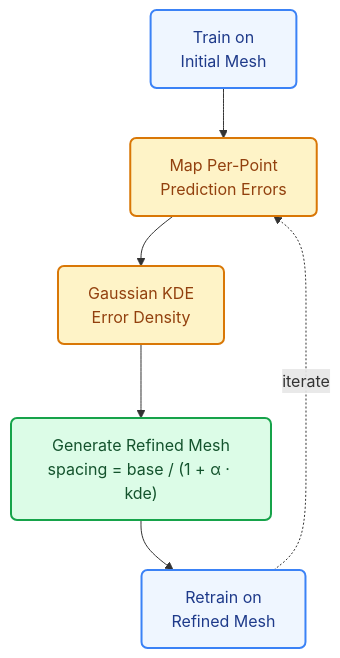
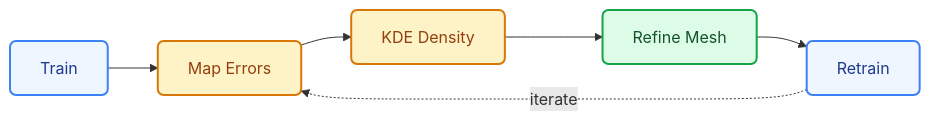
One commit to prajwal-tech07/Gsoc_test changed diagram 12 of 14 in GSoC_Final_Draft.md. Above: the diagram before and after it, drawn with Mermaid. The commit also changed other lines of this file, not shown here.

Commit message:
Polish proposal: add clickable PR/issue links throughout, add professional diagram elaborations, fix HeteroData access syntax per mentor feedback

````diff
--- a/GSoC_Final_Draft.md
+++ b/GSoC_Final_Draft.md
@@ -610,15 +630,15 @@
 ```mermaid
-flowchart TD
+flowchart LR
     classDef train fill:#eff6ff,stroke:#3b82f6,stroke-width:2px,rx:6px,color:#1e3a8a
     classDef analyze fill:#fef3c7,stroke:#d97706,stroke-width:2px,rx:6px,color:#92400e
     classDef refine fill:#dcfce7,stroke:#16a34a,stroke-width:2px,rx:6px,color:#14532d
 
-    T["Train on<br/>Initial Mesh"]:::train
-    A["Map Per-Point<br/>Prediction Errors"]:::analyze
-    K["Gaussian KDE<br/>Error Density"]:::analyze
-    R["Generate Refined Mesh<br/>spacing = base / (1 + α · kde)"]:::refine
-    RT["Retrain on<br/>Refined Mesh"]:::train
+    T["Train"]:::train
+    A["Map Errors"]:::analyze
+    K["KDE Density"]:::analyze
+    R["Refine Mesh"]:::refine
+    RT["Retrain"]:::train
 
     T --> A --> K --> R --> RT
     RT -.->|"iterate"| A
 ```
````
